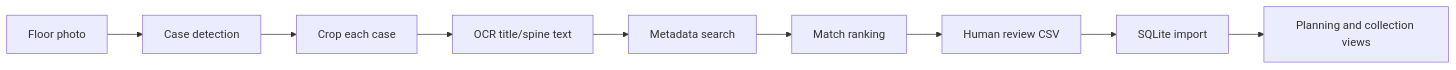
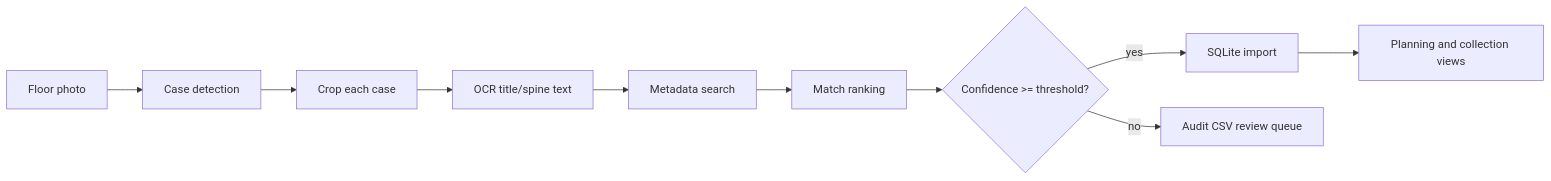
One commit to connectjeff/game-collection changed the diagram in docs/architecture.md. Above: the diagram before and after it, drawn with Mermaid. The commit also changed other lines of this file and 9 other files, not shown here.

````diff
--- a/docs/architecture.md
+++ b/docs/architecture.md
@@ -18,11 +18,12 @@
 ```mermaid
 flowchart LR
     A["Floor photo"] --> B["Case detection"]
     B --> C["Crop each case"]
     C --> D["OCR title/spine text"]
     D --> E["Metadata search"]
     E --> F["Match ranking"]
-    F --> G["Human review CSV"]
-    G --> H["SQLite import"]
-    H --> I["Planning and collection views"]
+    F --> G{"Confidence >= threshold?"}
+    G -->|yes| H["SQLite import"]
+    G -->|no| I["Audit CSV review queue"]
+    H --> J["Planning and collection views"]
 ```
````
